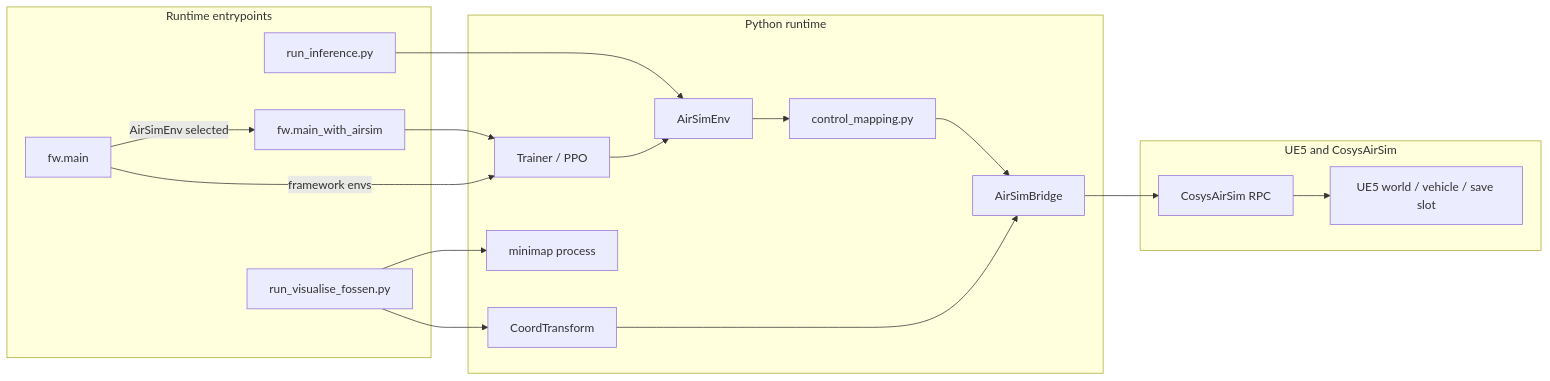
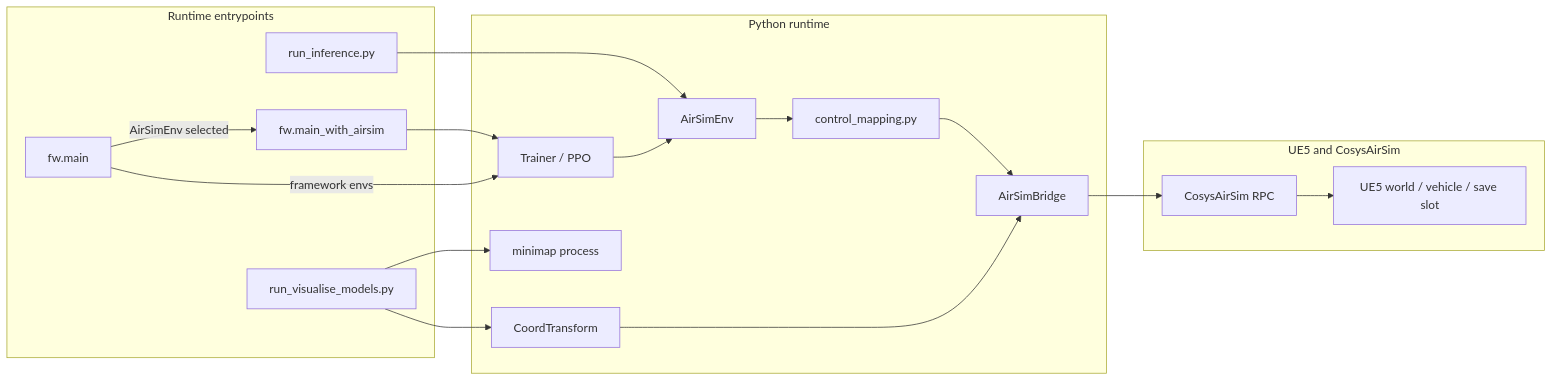
Before and after one commit to UAntwerpM4S/RudoLF: the diagram in src/airsim/README.md, drawn with Mermaid. The commit also changed other lines of this file and 23 other files, not shown here.

````diff
--- a/src/airsim/README.md
+++ b/src/airsim/README.md
@@ -17,33 +17,33 @@
 ```mermaid
 flowchart LR
     subgraph EntryPoints[Runtime entrypoints]
         main[fw.main]
         airsimMain[fw.main_with_airsim]
         inference[run_inference.py]
-        replay[run_visualise_fossen.py]
+        replay[run_visualise_models.py]
     end
 
     subgraph Runtime[Python runtime]
         trainer[Trainer / PPO]
         airsimEnv[AirSimEnv]
         mapping[control_mapping.py]
         bridge[AirSimBridge]
         coord[CoordTransform]
         minimap[minimap process]
     end
 
     subgraph UE5[UE5 and CosysAirSim]
         rpc[CosysAirSim RPC]
         world[UE5 world / vehicle / save slot]
     end
 
     main -->|AirSimEnv selected| airsimMain
     main -->|framework envs| trainer
     airsimMain --> trainer
     trainer --> airsimEnv
     inference --> airsimEnv
     replay --> coord --> bridge
     replay --> minimap
     airsimEnv --> mapping --> bridge
     bridge --> rpc --> world
 ```
````
